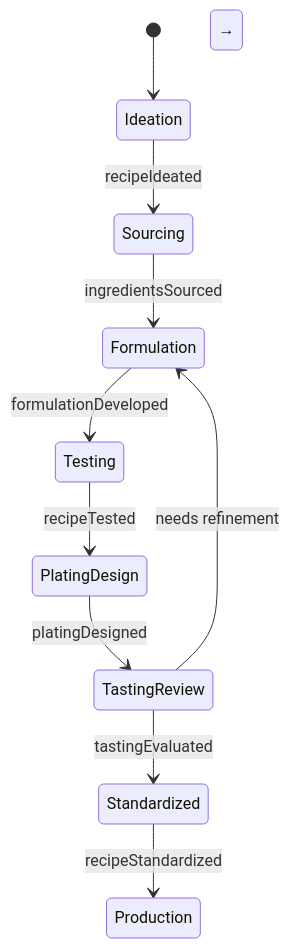
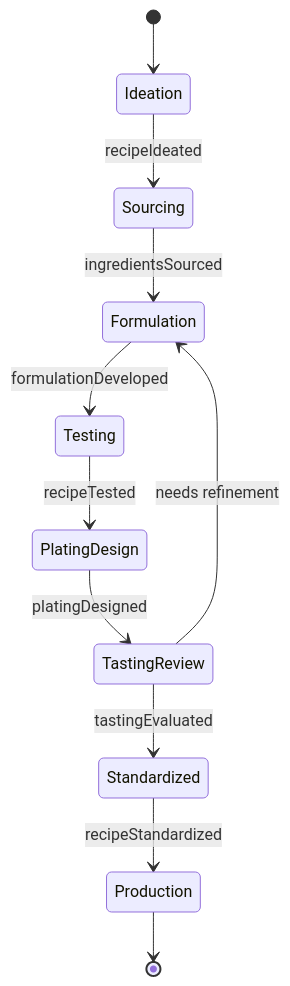
The second of 4 diagrams in ThinkingCreatively/DevelopRecipesOrMenus/CreateNewRecipesFoodPresentations.mdx (dot-org-ai/tasks.org.ai), drawn with Mermaid before and after one commit. The commit also changed 515 other files, not shown here.

````diff
--- a/ThinkingCreatively/DevelopRecipesOrMenus/CreateNewRecipesFoodPresentations.mdx
+++ b/ThinkingCreatively/DevelopRecipesOrMenus/CreateNewRecipesFoodPresentations.mdx
@@ -98,13 +98,13 @@
 ```mermaid
 stateDiagram-v2
     [*] --> Ideation
     Ideation --> Sourcing : recipeIdeated
     Sourcing --> Formulation : ingredientsSourced
     Formulation --> Testing : formulationDeveloped
     Testing --> PlatingDesign : recipeTested
     PlatingDesign --> TastingReview : platingDesigned
     TastingReview --> Formulation : needs refinement
     TastingReview --> Standardized : tastingEvaluated
     Standardized --> Production : recipeStandardized
-    Production → [*]
+    Production --> [*]
 ```
````
